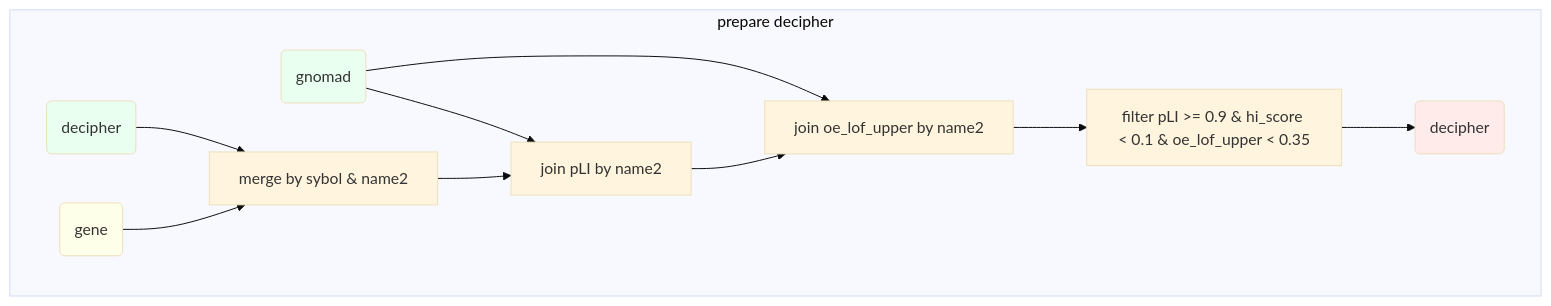
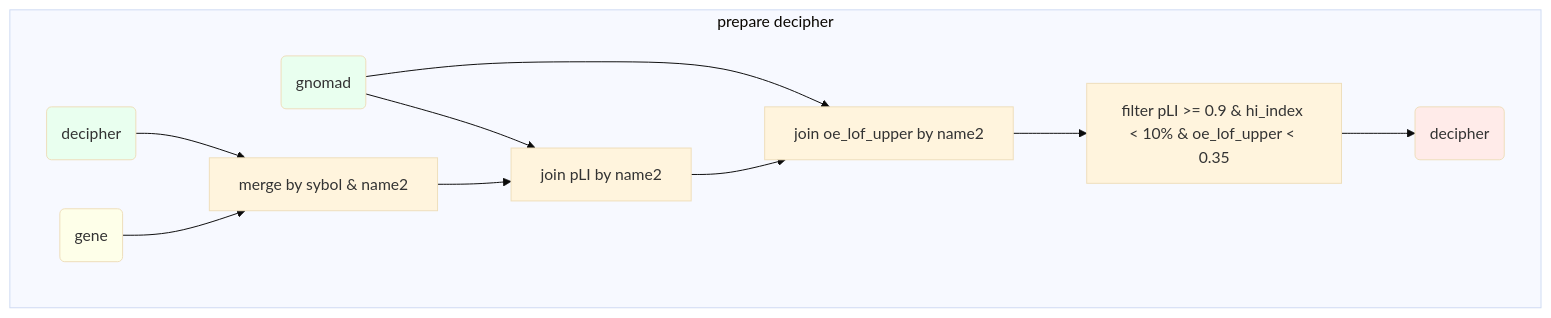
The sixth of 7 diagrams in database-prepare/database-create-flowchart.md (zhonghua-wang/autocnv), drawn with Mermaid (base theme) before and after one commit. The commit also changed 2 other files, not shown here.

Commit message:
修正2H

````diff
--- a/database-prepare/database-create-flowchart.md
+++ b/database-prepare/database-create-flowchart.md
@@ -249,39 +249,39 @@
 ```mermaid
 graph TD
 	
 	classDef input fill:#e9ffef
 	
 	classDef output fill:#ffebe9
 	
 	classDef variable fill:#feffe9
 	
 	subgraph prepare decipher
 		predictions("decipher")
 		class predictions input
 		
 		gene("gene")
 		class gene variable
 		
 		merge["merge by sybol & name2"]
 		predictions --> merge
 		gene --> merge
 		
 		gnomad("gnomad")
 		class gnomad input
 		
 		join_pli["join pLI by name2"]
 		gnomad --> join_pli
 		merge --> join_pli
 		
 		join_lof["join oe_lof_upper by name2"]
 		gnomad --> join_lof
 		join_pli --> join_lof
 		
-		filter["filter pLI >= 0.9 & hi_score < 0.1 & oe_lof_upper < 0.35"]
+		filter["filter pLI >= 0.9 & hi_index < 10% & oe_lof_upper < 0.35"]
 		join_lof --> filter
 		
 		decipher("decipher")
 		class decipher output
 		filter --> decipher
 	end
 ```
````
